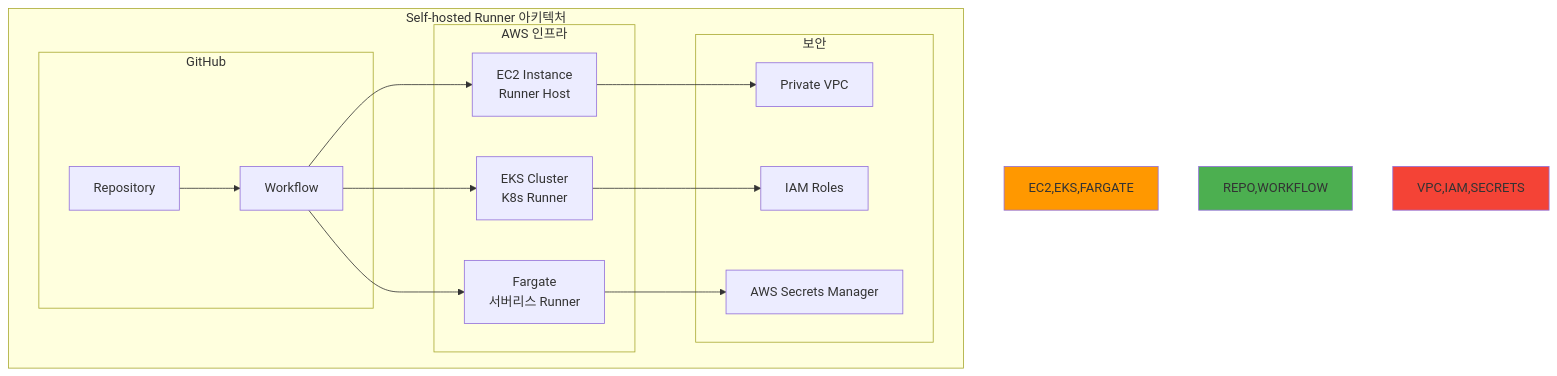
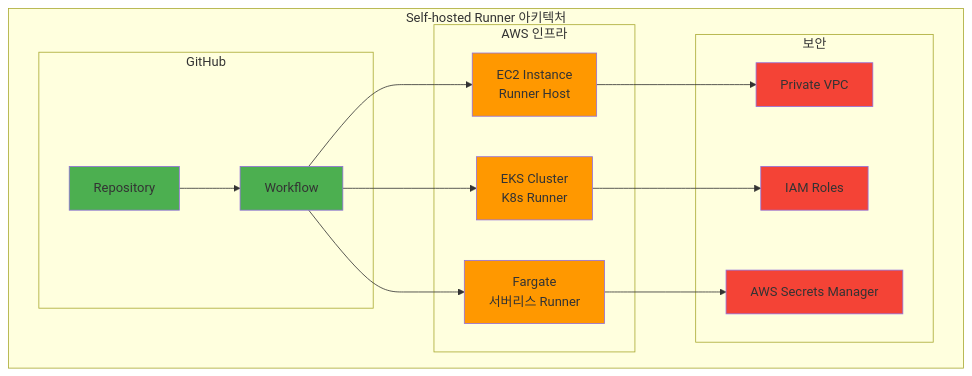
One commit to niceguy61/kdt_devops_lecture_2025 changed the ninth of 9 diagrams in theory/week_04/day4/session_3.md. Above: the diagram before and after it, drawn with Mermaid. The commit also changed other lines of this file and 2 other files, not shown here.

Commit message:
mermaid style change

````diff
--- a/theory/week_04/day4/session_3.md
+++ b/theory/week_04/day4/session_3.md
@@ -521,33 +537,38 @@
 ```mermaid
 graph TB
     subgraph "Self-hosted Runner 아키텍처"
         subgraph "AWS 인프라"
             EC2[EC2 Instance<br/>Runner Host]
             EKS[EKS Cluster<br/>K8s Runner]
             FARGATE[Fargate<br/>서버리스 Runner]
         end
         
         subgraph "GitHub"
             REPO[Repository]
             WORKFLOW[Workflow]
         end
         
         subgraph "보안"
             VPC[Private VPC]
             IAM[IAM Roles]
             SECRETS[AWS Secrets Manager]
         end
     end
     
     REPO --> WORKFLOW
     WORKFLOW --> EC2
     WORKFLOW --> EKS
     WORKFLOW --> FARGATE
     EC2 --> VPC
     EKS --> IAM
     FARGATE --> SECRETS
     
-    style EC2,EKS,FARGATE fill:#ff9800
-    style REPO,WORKFLOW fill:#4caf50
-    style VPC,IAM,SECRETS fill:#f44336
+    style EC2 fill:#ff9800
+    style EKS fill:#ff9800
+    style FARGATE fill:#ff9800
+    style REPO fill:#4caf50
+    style WORKFLOW fill:#4caf50
+    style VPC fill:#f44336
+    style IAM fill:#f44336
+    style SECRETS fill:#f44336
 ```
````
